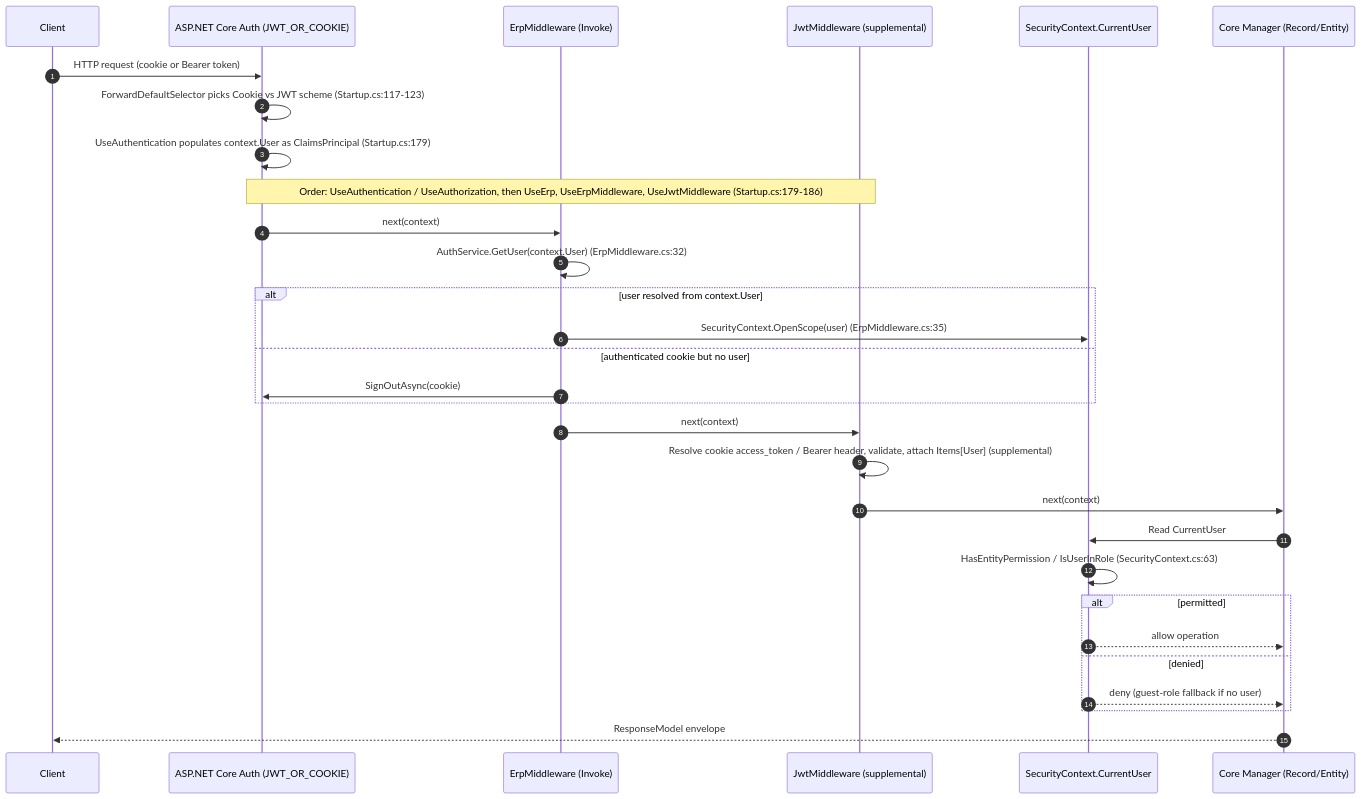
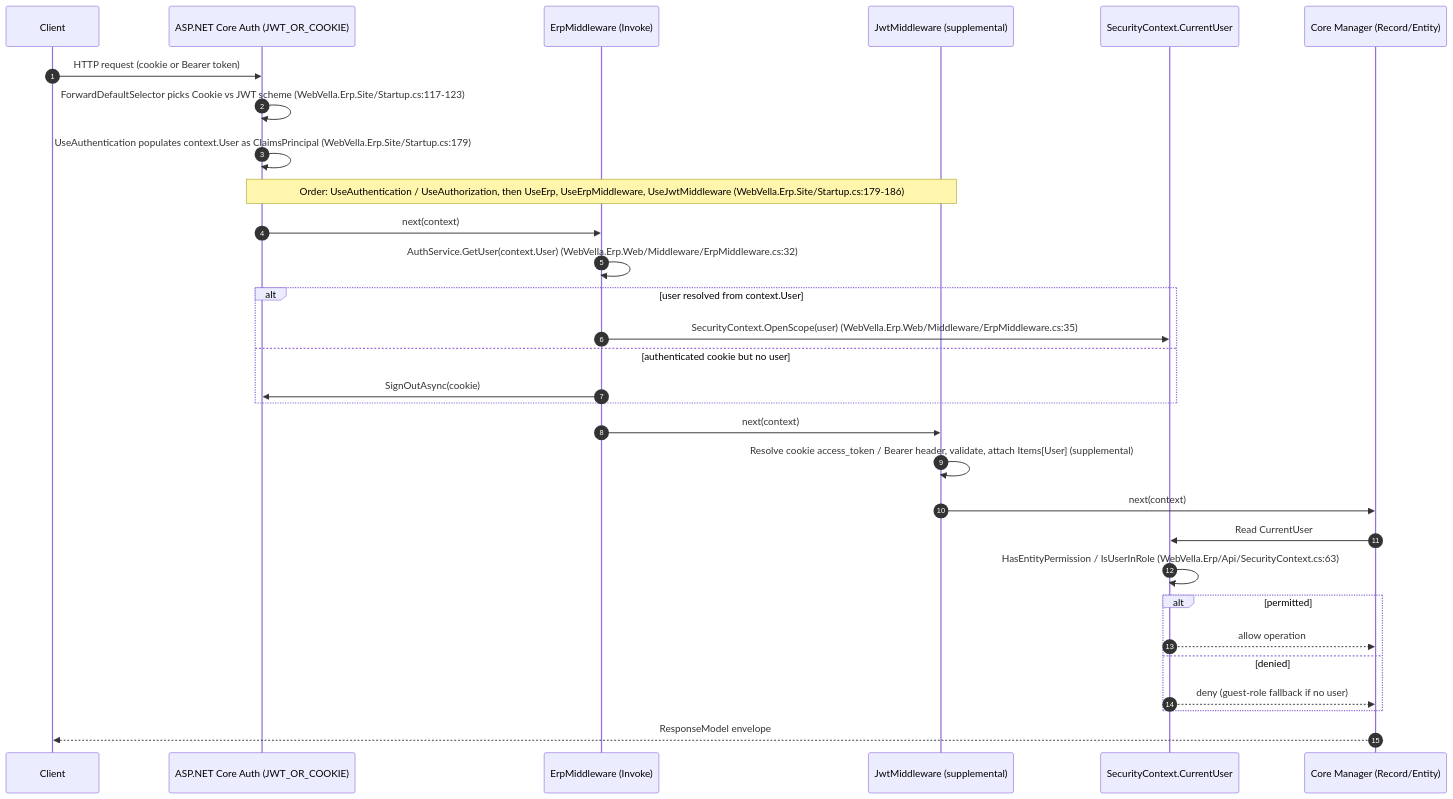
Before and after one commit to blitzy-public-samples/blitzy-WebVella-ERP: the diagram in docs/reverse-engineering/security-quality.md, drawn with Mermaid. The commit also changed other lines of this file and 3 other files, not shown here.

````diff
--- a/docs/reverse-engineering/security-quality.md
+++ b/docs/reverse-engineering/security-quality.md
@@ -114,33 +115,33 @@
 ```mermaid
 sequenceDiagram
     autonumber
     participant Client
     participant Auth as ASP.NET Core Auth (JWT_OR_COOKIE)
     participant ErpMw as ErpMiddleware (Invoke)
     participant JwtMw as JwtMiddleware (supplemental)
     participant SecCtx as SecurityContext.CurrentUser
     participant Manager as Core Manager (Record/Entity)
 
     Client->>Auth: HTTP request (cookie or Bearer token)
-    Auth->>Auth: ForwardDefaultSelector picks Cookie vs JWT scheme (Startup.cs:117-123)
-    Auth->>Auth: UseAuthentication populates context.User as ClaimsPrincipal (Startup.cs:179)
-    Note over Auth,JwtMw: Order: UseAuthentication / UseAuthorization, then UseErp, UseErpMiddleware, UseJwtMiddleware (Startup.cs:179-186)
+    Auth->>Auth: ForwardDefaultSelector picks Cookie vs JWT scheme (WebVella.Erp.Site/Startup.cs:117-123)
+    Auth->>Auth: UseAuthentication populates context.User as ClaimsPrincipal (WebVella.Erp.Site/Startup.cs:179)
+    Note over Auth,JwtMw: Order: UseAuthentication / UseAuthorization, then UseErp, UseErpMiddleware, UseJwtMiddleware (WebVella.Erp.Site/Startup.cs:179-186)
     Auth->>ErpMw: next(context)
-    ErpMw->>ErpMw: AuthService.GetUser(context.User) (ErpMiddleware.cs:32)
+    ErpMw->>ErpMw: AuthService.GetUser(context.User) (WebVella.Erp.Web/Middleware/ErpMiddleware.cs:32)
     alt user resolved from context.User
-        ErpMw->>SecCtx: SecurityContext.OpenScope(user) (ErpMiddleware.cs:35)
+        ErpMw->>SecCtx: SecurityContext.OpenScope(user) (WebVella.Erp.Web/Middleware/ErpMiddleware.cs:35)
     else authenticated cookie but no user
         ErpMw->>Auth: SignOutAsync(cookie)
     end
     ErpMw->>JwtMw: next(context)
     JwtMw->>JwtMw: Resolve cookie access_token / Bearer header, validate, attach Items[User] (supplemental)
     JwtMw->>Manager: next(context)
     Manager->>SecCtx: Read CurrentUser
-    SecCtx->>SecCtx: HasEntityPermission / IsUserInRole (SecurityContext.cs:63)
+    SecCtx->>SecCtx: HasEntityPermission / IsUserInRole (WebVella.Erp/Api/SecurityContext.cs:63)
     alt permitted
         SecCtx-->>Manager: allow operation
     else denied
         SecCtx-->>Manager: deny (guest-role fallback if no user)
     end
     Manager-->>Client: ResponseModel envelope
 ```
````
